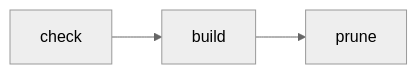
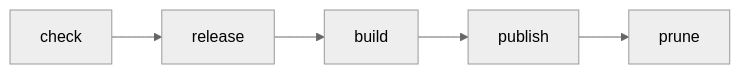
Before and after one commit to JuliusBairaktaris/Qualcommax_NSS_Builder: the diagram in docs/ARCHITECTURE.md, drawn with Mermaid (neutral theme). The commit also changed other lines of this file and 12 other files, not shown here.

````diff
--- a/docs/ARCHITECTURE.md
+++ b/docs/ARCHITECTURE.md
@@ -7,4 +7,4 @@
 ```mermaid
 flowchart LR
-    check --> build --> prune
+    check --> release --> build --> publish --> prune
 ```
````
